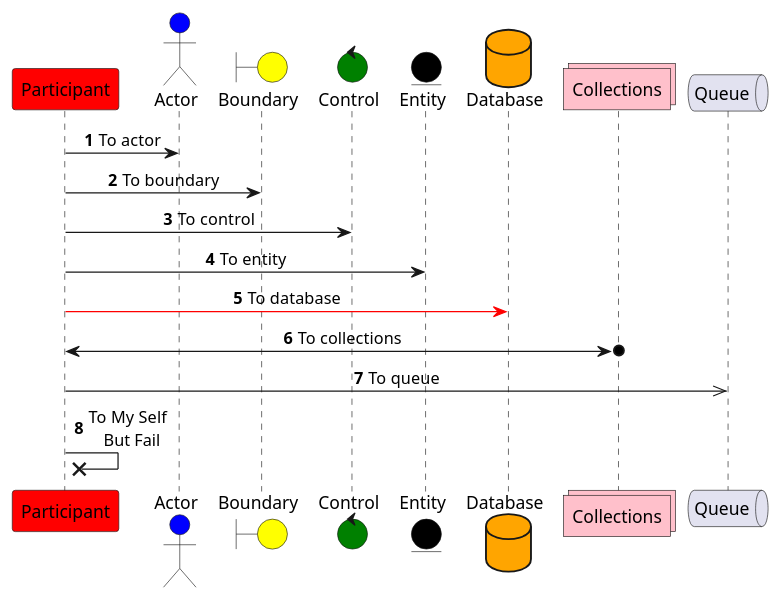
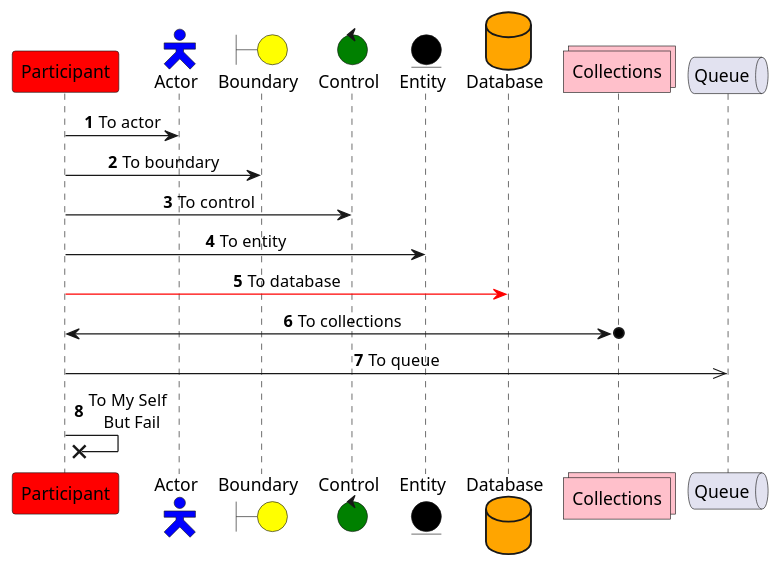
Before and after one commit to jinty95/DailyPractice: the diagram in src/main/resources/puml/sequence_diagram.puml, drawn with PlantUML. The commit also changed 6 other files, not shown here.

Commit message:
UML：类图

```diff
--- a/src/main/resources/puml/sequence_diagram.puml
+++ b/src/main/resources/puml/sequence_diagram.puml
@@ -1,38 +1,42 @@
 @startuml
 
 '时序图：侧重描述对象之间的传递信息的时间顺序
 
 '单行注释
 /'多行注释'/
 
 '对象定义
 participant Participant as Foo  #red
 actor       Actor       as Foo1 #blue
 boundary    Boundary    as Foo2 #yellow
 control     Control     as Foo3 #green
 entity      Entity      as Foo4 #black
 database    Database    as Foo5 #orange
 collections Collections as Foo6 #pink
 queue       Queue       as Foo7
 participant p1
+
+'定义actor的样式
+skinparam actorStyle awesome
+skinparam actorStyle hollow
 
 '隐藏未连线参与者
 hide unlinked
 
 '文本对齐
 skinparam sequenceMessageAlign center
 
 '编号
 autonumber
 
 '关系连线
 Foo -> Foo1 : To actor
 Foo -> Foo2 : To boundary
 Foo -> Foo3 : To control
 Foo -> Foo4 : To entity
 Foo -[#red]> Foo5 : To database
 Foo <->o Foo6 : To collections
 Foo ->> Foo7 : To queue
 Foo ->x Foo  : To My Self \n But Fail
 
 @enduml
```
